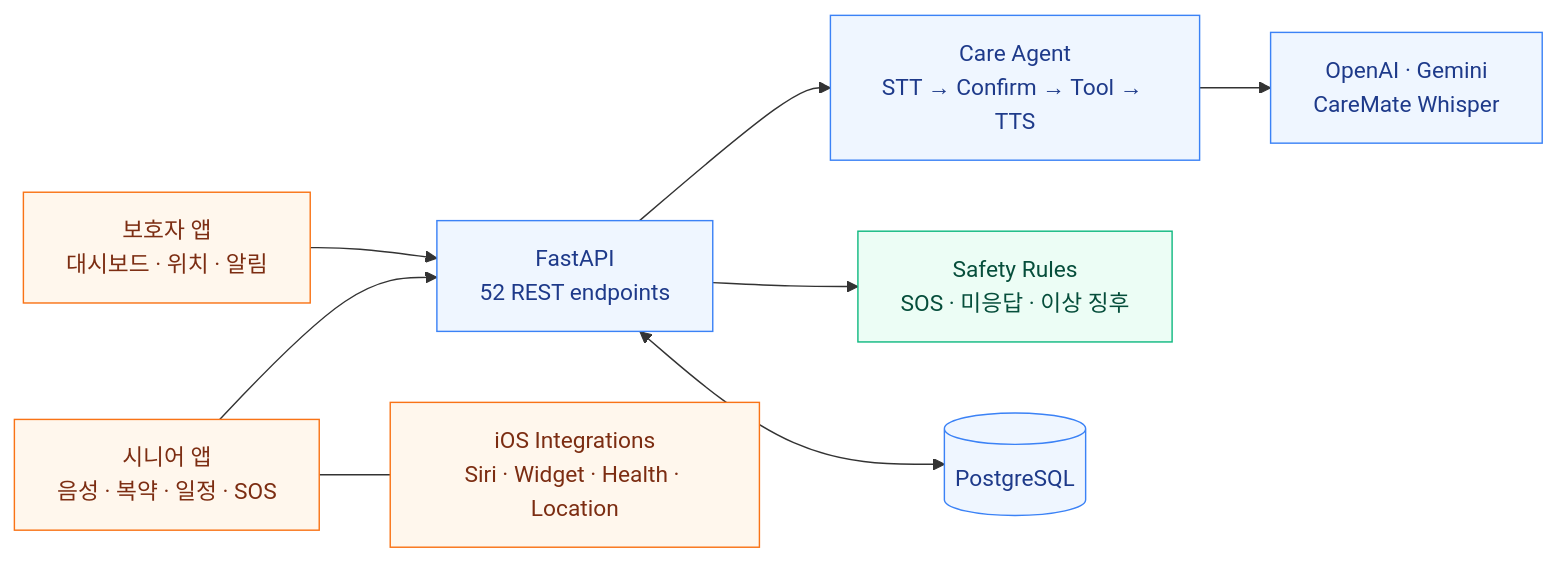
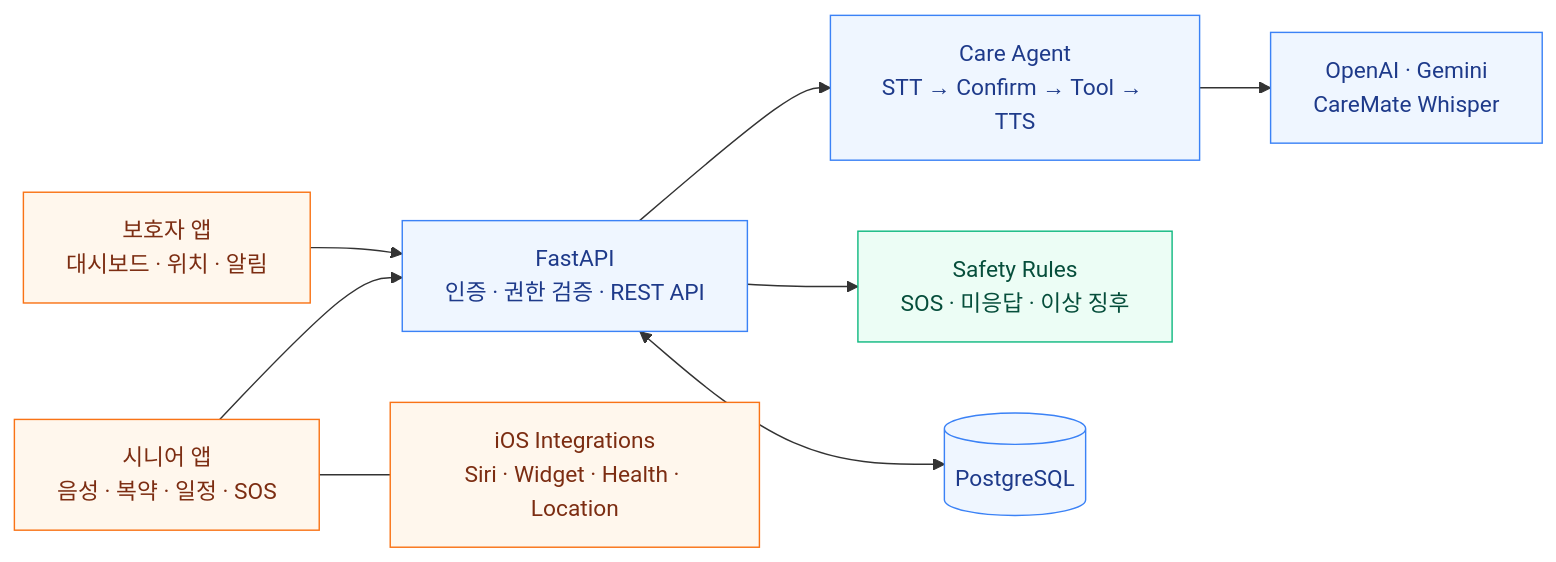
One commit to juuu-sung/CareMate changed the diagram in README.md. Above: the diagram before and after it, drawn with Mermaid. The commit also changed other lines of this file, not shown here.

````diff
--- a/README.md
+++ b/README.md
@@ -96,26 +126,26 @@
 ```mermaid
 flowchart LR
     Senior["시니어 앱<br/>음성 · 복약 · 일정 · SOS"]
     Guardian["보호자 앱<br/>대시보드 · 위치 · 알림"]
-    API["FastAPI<br/>52 REST endpoints"]
+    API["FastAPI<br/>인증 · 권한 검증 · REST API"]
     Agent["Care Agent<br/>STT → Confirm → Tool → TTS"]
     Rules["Safety Rules<br/>SOS · 미응답 · 이상 징후"]
     DB[(PostgreSQL)]
     AI["OpenAI · Gemini<br/>CareMate Whisper"]
     Device["iOS Integrations<br/>Siri · Widget · Health · Location"]
 
     Senior --> API
     Guardian --> API
     API --> Agent
     API --> Rules
     API <--> DB
     Agent --> AI
     Senior --- Device
 
     classDef client fill:#FFF7ED,stroke:#F97316,color:#7C2D12;
     classDef server fill:#EFF6FF,stroke:#3B82F6,color:#1E3A8A;
     classDef safety fill:#ECFDF5,stroke:#10B981,color:#064E3B;
     class Senior,Guardian,Device client;
     class API,Agent,DB,AI server;
     class Rules safety;
 ```
````
